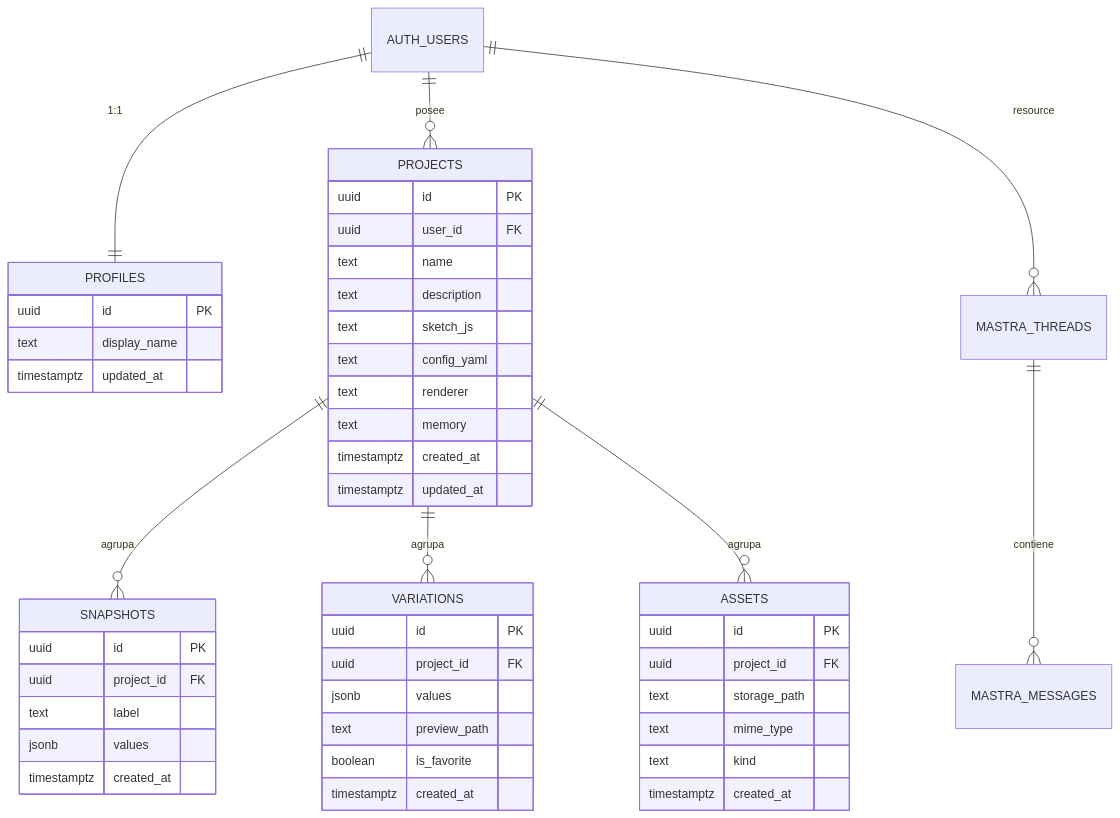
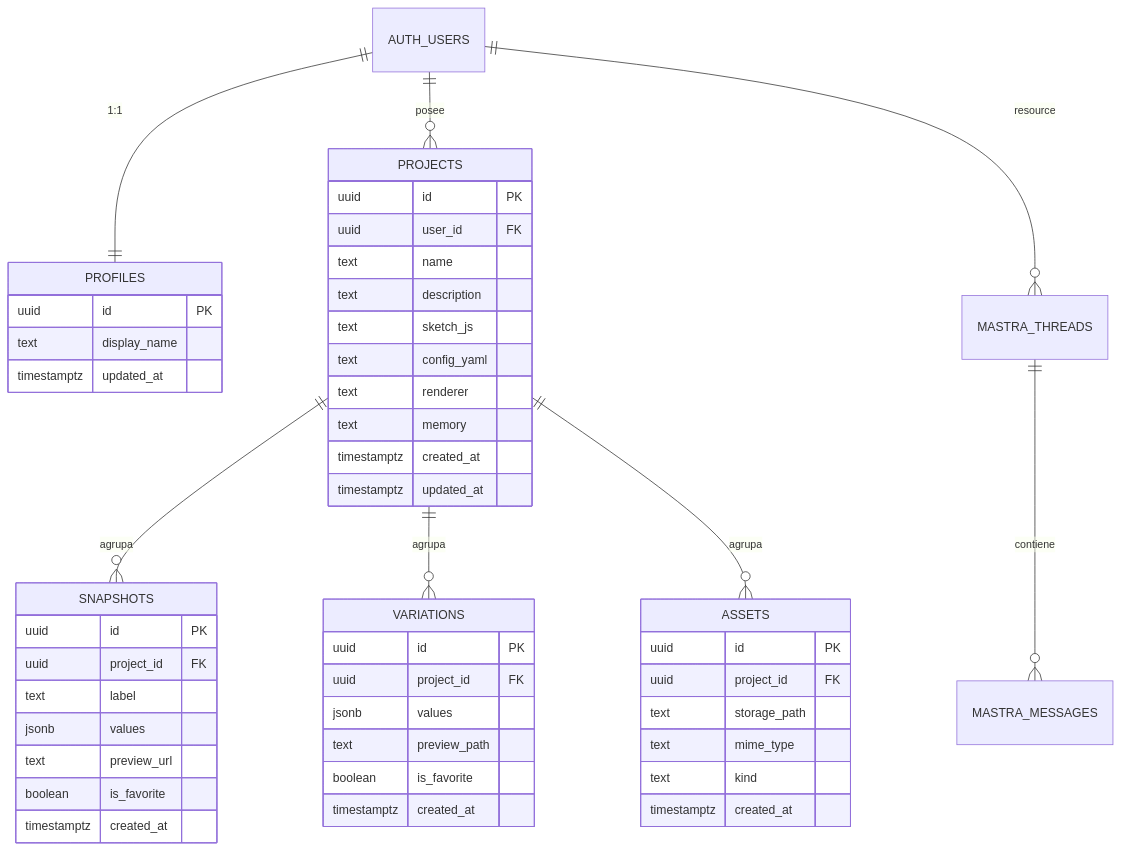
Before and after one commit to JavierVLAB/creative-code-ai: the second of 2 diagrams in readme.md, drawn with Mermaid. The commit also changed other lines of this file, not shown here.

````diff
--- a/readme.md
+++ b/readme.md
@@ -307,51 +309,53 @@
 ```mermaid
 erDiagram
     AUTH_USERS ||--|| PROFILES : "1:1"
     AUTH_USERS ||--o{ PROJECTS : "posee"
     PROJECTS ||--o{ SNAPSHOTS : "agrupa"
     PROJECTS ||--o{ VARIATIONS : "agrupa"
     PROJECTS ||--o{ ASSETS : "agrupa"
     AUTH_USERS ||--o{ MASTRA_THREADS : "resource"
     MASTRA_THREADS ||--o{ MASTRA_MESSAGES : "contiene"
 
     PROFILES {
         uuid id PK
         text display_name
         timestamptz updated_at
     }
     PROJECTS {
         uuid id PK
         uuid user_id FK
         text name
         text description
         text sketch_js
         text config_yaml
         text renderer
         text memory
         timestamptz created_at
         timestamptz updated_at
     }
     SNAPSHOTS {
         uuid id PK
         uuid project_id FK
         text label
         jsonb values
+        text preview_url
+        boolean is_favorite
         timestamptz created_at
     }
     VARIATIONS {
         uuid id PK
         uuid project_id FK
         jsonb values
         text preview_path
         boolean is_favorite
         timestamptz created_at
     }
     ASSETS {
         uuid id PK
         uuid project_id FK
         text storage_path
         text mime_type
         text kind
         timestamptz created_at
     }
 ```
````
